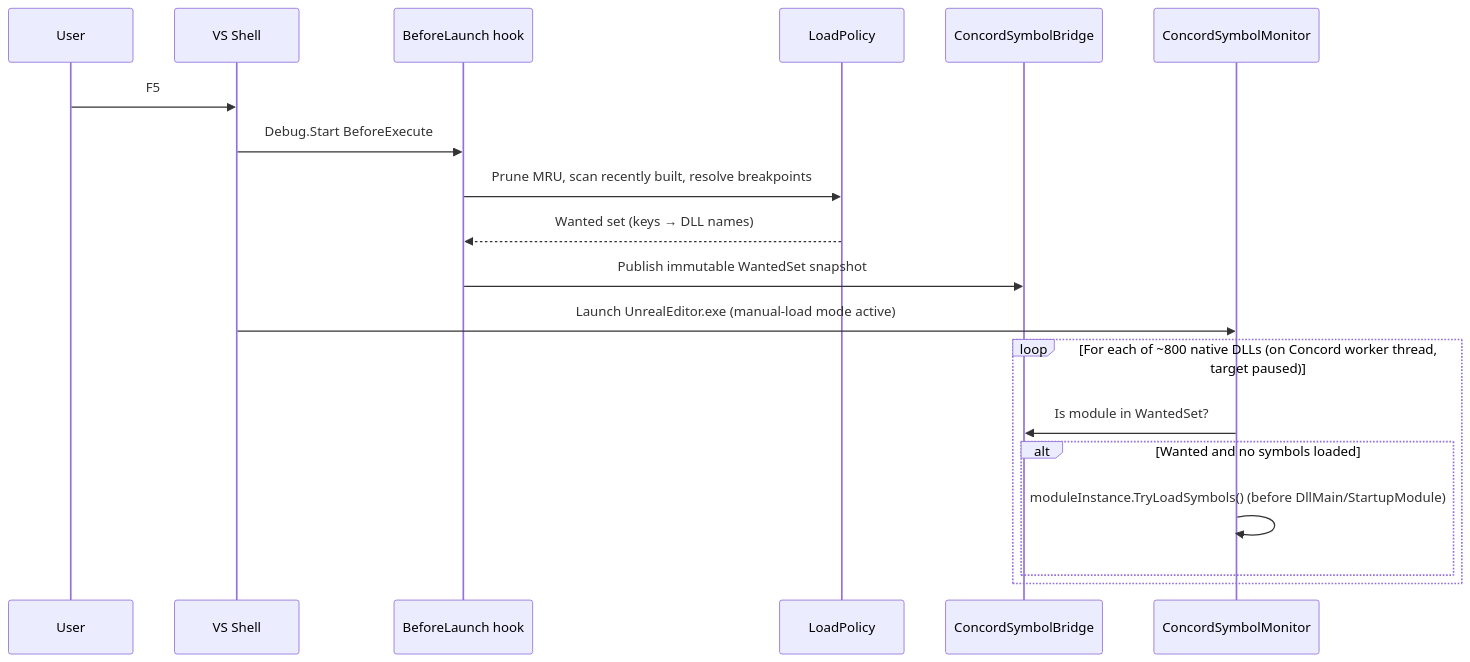
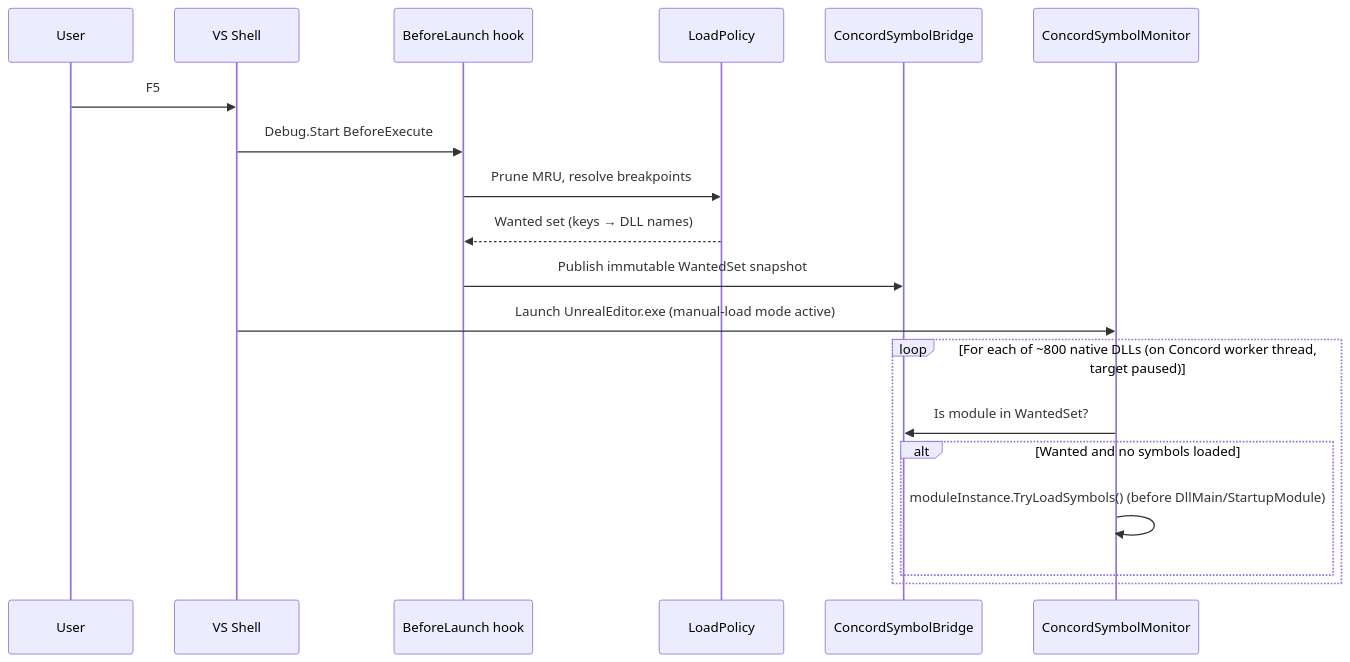
The second of 3 diagrams in docs/ARCHITECTURE.md (mattshepcar/VSOnDemandSymbols), drawn with Mermaid before and after one commit. The commit also changed other lines of this file and 15 other files, not shown here.

First line of the commit message:
Remove RecentlyBuilt trigger and simplify load policy (D-16)

````diff
--- a/docs/ARCHITECTURE.md
+++ b/docs/ARCHITECTURE.md
@@ -110,21 +107,21 @@
 ```mermaid
 sequenceDiagram
     participant U as User
     participant VS as VS Shell
     participant H as BeforeLaunch hook
     participant P as LoadPolicy
     participant B as ConcordSymbolBridge
     participant C as ConcordSymbolMonitor
     U->>VS: F5
     VS->>H: Debug.Start BeforeExecute
-    H->>P: Prune MRU, scan recently built, resolve breakpoints
+    H->>P: Prune MRU, resolve breakpoints
     P-->>H: Wanted set (keys → DLL names)
     H->>B: Publish immutable WantedSet snapshot
     VS->>C: Launch UnrealEditor.exe (manual-load mode active)
     loop For each of ~800 native DLLs (on Concord worker thread, target paused)
         C->>B: Is module in WantedSet?
         alt Wanted and no symbols loaded
             C->>C: moduleInstance.TryLoadSymbols() (before DllMain/StartupModule)
         end
     end
 ```
````
